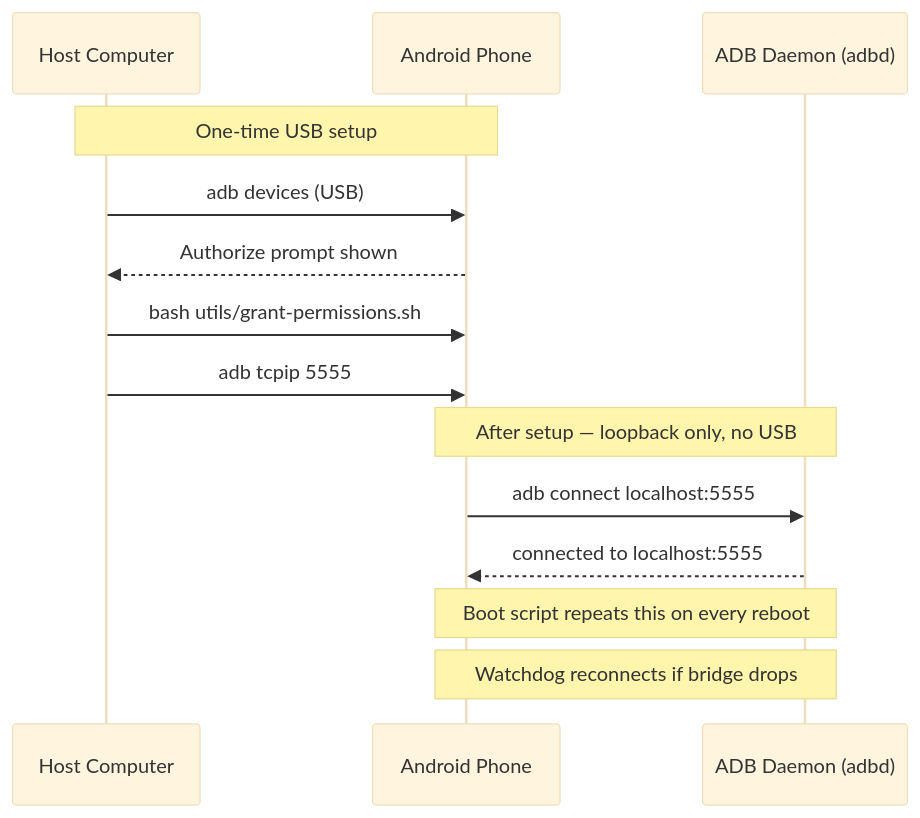
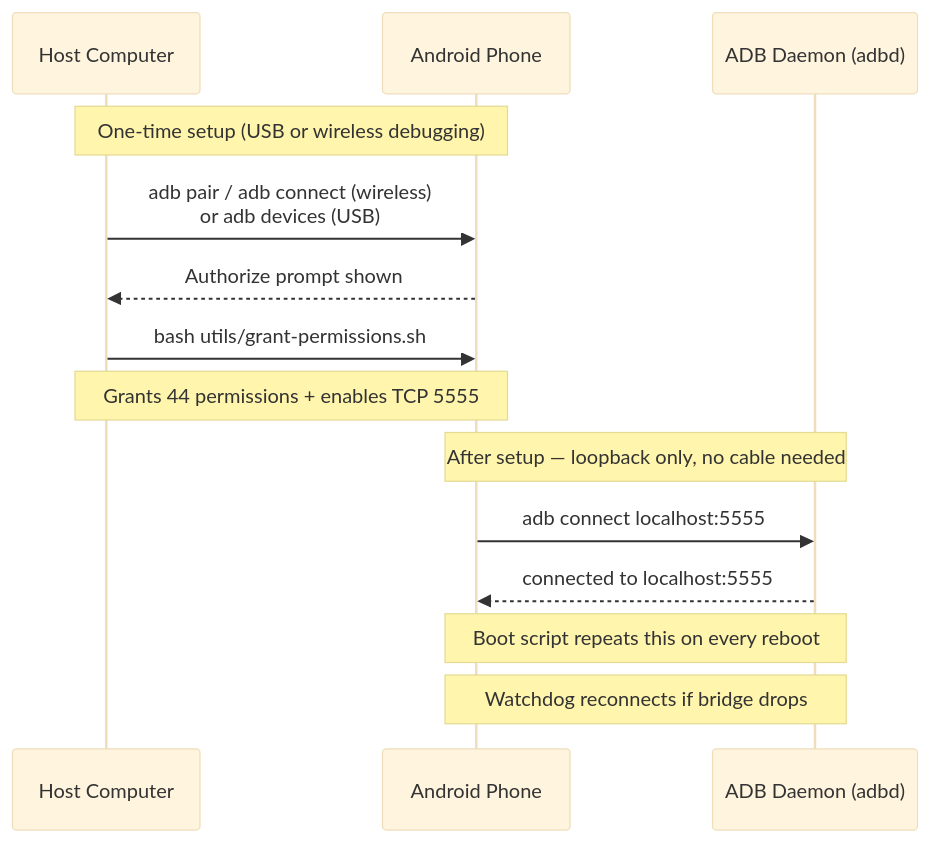
The second of 2 diagrams in docs/01-hardware-setup.md (carrilloapps/picoclaw-dotfiles), drawn with Mermaid (base theme) before and after one commit. The commit also changed other lines of this file and 68 other files, not shown here.

````diff
--- a/docs/01-hardware-setup.md
+++ b/docs/01-hardware-setup.md
@@ -196,18 +230,18 @@
 ```mermaid
 sequenceDiagram
     participant HOST as Host Computer
     participant PHONE as Android Phone
     participant ADB as ADB Daemon (adbd)
 
-    Note over HOST,PHONE: One-time USB setup
-    HOST->>PHONE: adb devices (USB)
+    Note over HOST,PHONE: One-time setup (USB or wireless debugging)
+    HOST->>PHONE: adb pair / adb connect (wireless)<br/>or adb devices (USB)
     PHONE-->>HOST: Authorize prompt shown
     HOST->>PHONE: bash utils/grant-permissions.sh
-    HOST->>PHONE: adb tcpip 5555
+    Note over HOST,PHONE: Grants 44 permissions + enables TCP 5555
 
-    Note over PHONE,ADB: After setup — loopback only, no USB
+    Note over PHONE,ADB: After setup — loopback only, no cable needed
     PHONE->>ADB: adb connect localhost:5555
     ADB-->>PHONE: connected to localhost:5555
     Note over PHONE,ADB: Boot script repeats this on every reboot
     Note over PHONE,ADB: Watchdog reconnects if bridge drops
 ```
````
